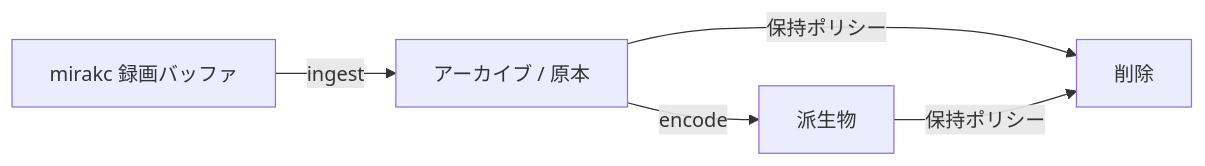
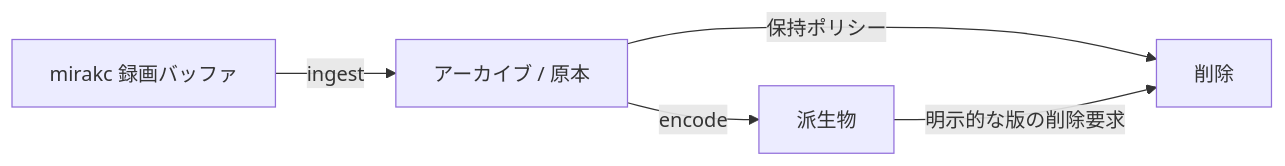
One commit to fetburner/rokuban changed the diagram in docs/storage.md. Above: the diagram before and after it, drawn with Mermaid.

Commit message:
docs: clarify derived asset deletion

````diff
--- a/docs/storage.md
+++ b/docs/storage.md
@@ -6,7 +6,7 @@
 ```mermaid
 flowchart LR
     buffer[mirakc 録画バッファ] -->|ingest| original[アーカイブ / 原本]
     original -->|encode| derived[派生物]
     original -->|保持ポリシー| delete[削除]
-    derived -->|保持ポリシー| delete
+    derived -->|明示的な版の削除要求| delete
 ```
````
